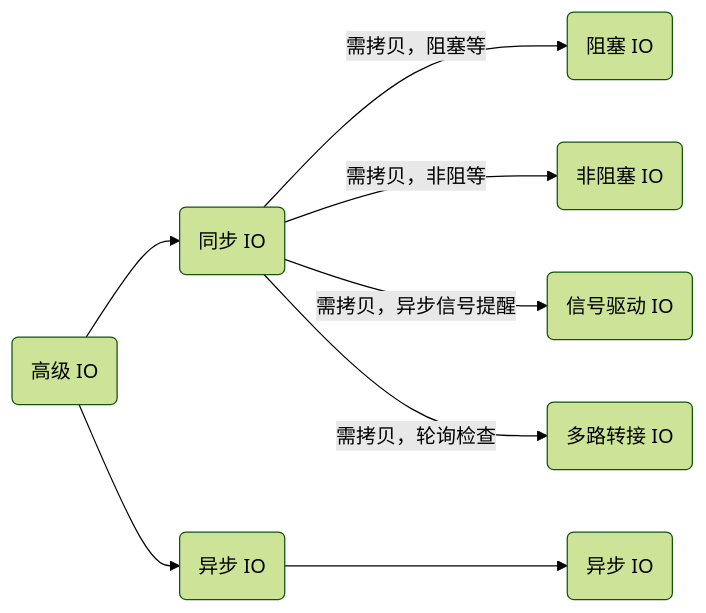
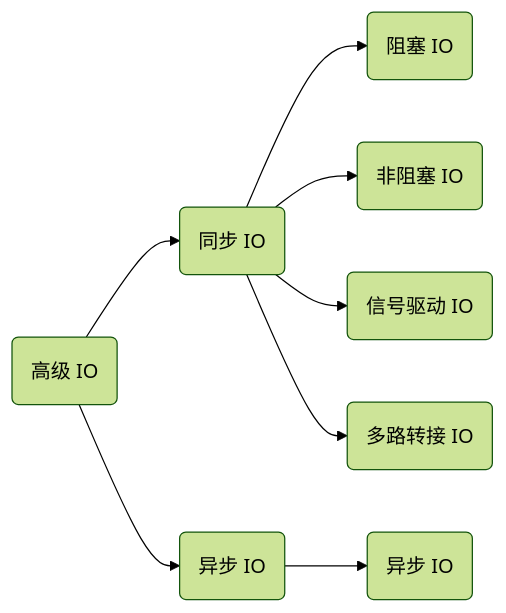
Before and after one commit to xiaogithubooo/LimouLearnNote: the diagram in ComputerNetworksNote/009+limou+2024_04_08+高级IO.md, drawn with Mermaid (forest theme). The commit also changed other lines of this file and 13 other files, not shown here.

````diff
--- a/ComputerNetworksNote/009+limou+2024_04_08+高级IO.md
+++ b/ComputerNetworksNote/009+limou+2024_04_08+高级IO.md
@@ -26,16 +29,16 @@
 ```mermaid
 graph LR;
 A("高级 IO") --> B("同步 IO") & C("异步 IO");
 
 D("阻塞 IO");
 E("非阻塞 IO");
 F("信号驱动 IO");
 G("多路转接 IO");
 H("异步 IO");
 
-B --> |"需拷贝，阻塞等"|D
-B --> |"需拷贝，非阻等"|E
-B --> |"需拷贝，异步信号提醒"|F 
-B --> |"需拷贝，轮询检查"|G
+B --> D
+B --> E
+B --> F 
+B --> G
 C --> H
 ```
````
